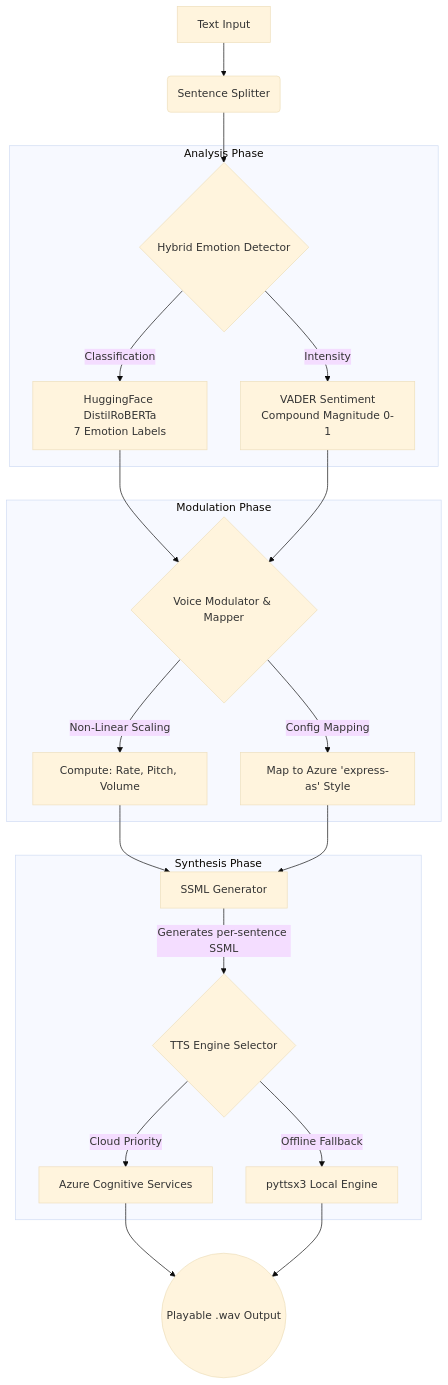
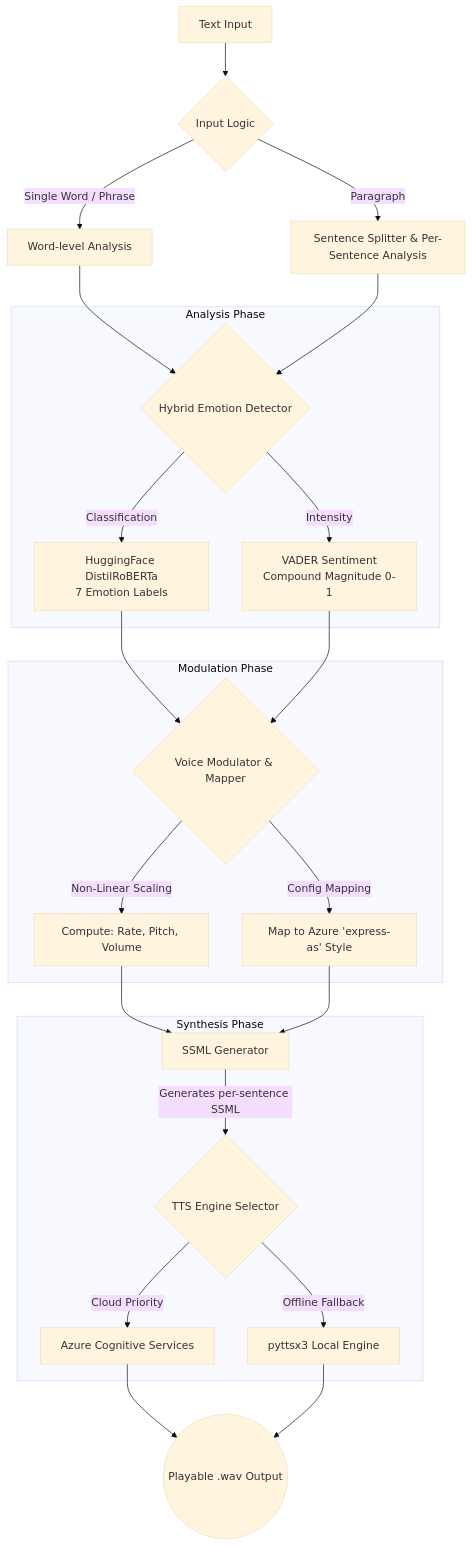
The diagram in README.md (Anuja0412Gupta/The-Empathy-Engine_Challenge1), drawn with Mermaid (base theme) before and after one commit. The commit also changed other lines of this file, not shown here.

Commit message:
docs: Update README with concise objectives, mermaid diagram and audio samples

````diff
--- a/README.md
+++ b/README.md
@@ -37,30 +37,34 @@
 ```mermaid
 graph TD
-    A[Text Input] --> B(Sentence Splitter)
-    B --> C{Hybrid Emotion Detector}
+    A[Text Input] --> B{Input Logic}
+    B -->|Single Word / Phrase| C1[Word-level Analysis]
+    B -->|Paragraph| C2[Sentence Splitter & Per-Sentence Analysis]
+    
+    C1 --> C{Hybrid Emotion Detector}
+    C2 --> C
     
     subgraph Analysis Phase
     C -->|Classification| D[HuggingFace DistilRoBERTa<br>7 Emotion Labels]
     C -->|Intensity| E[VADER Sentiment<br>Compound Magnitude 0-1]
     end
     
     D --> F{Voice Modulator & Mapper}
     E --> F
     
     subgraph Modulation Phase
     F -->|Non-Linear Scaling| G[Compute: Rate, Pitch, Volume]
     F -->|Config Mapping| H[Map to Azure 'express-as' Style]
     end
     
     G --> I[SSML Generator]
     H --> I
     
     subgraph Synthesis Phase
     I -->|Generates per-sentence SSML| J{TTS Engine Selector}
     J -->|Cloud Priority| K[Azure Cognitive Services]
     J -->|Offline Fallback| L[pyttsx3 Local Engine]
     end
     
     K --> M((Playable .wav Output))
     L --> M
 ```
````
